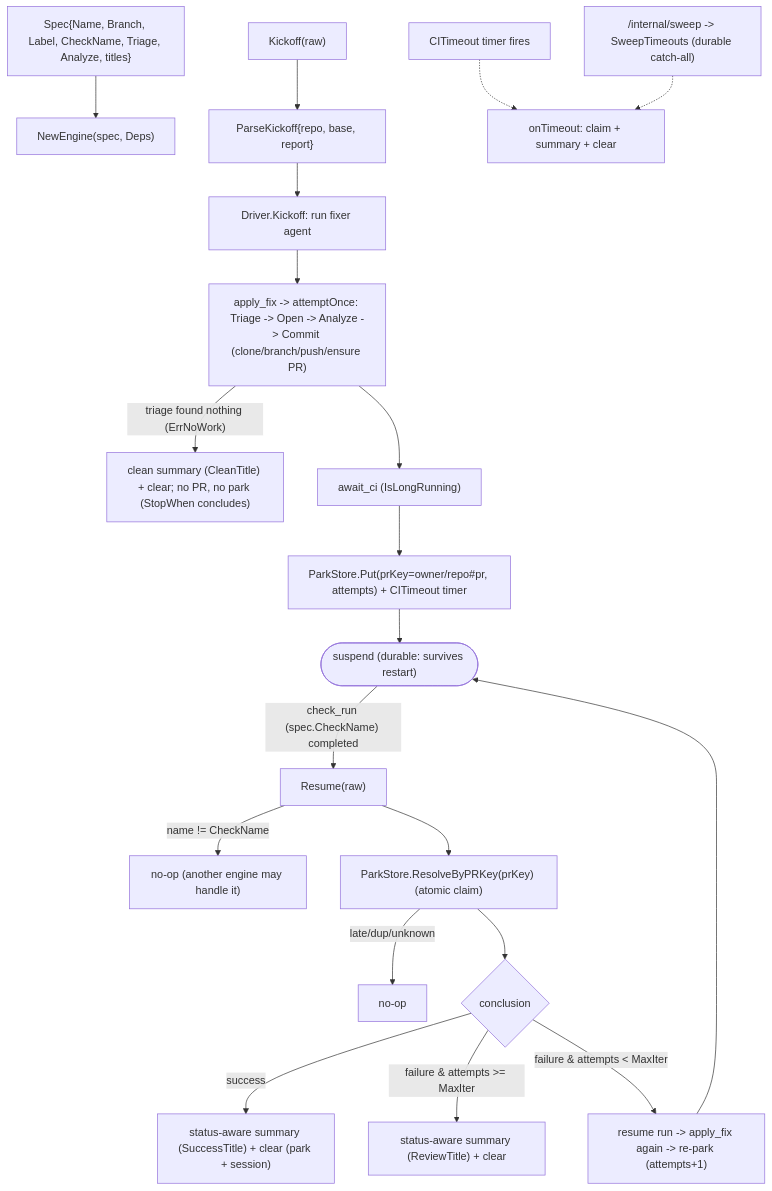
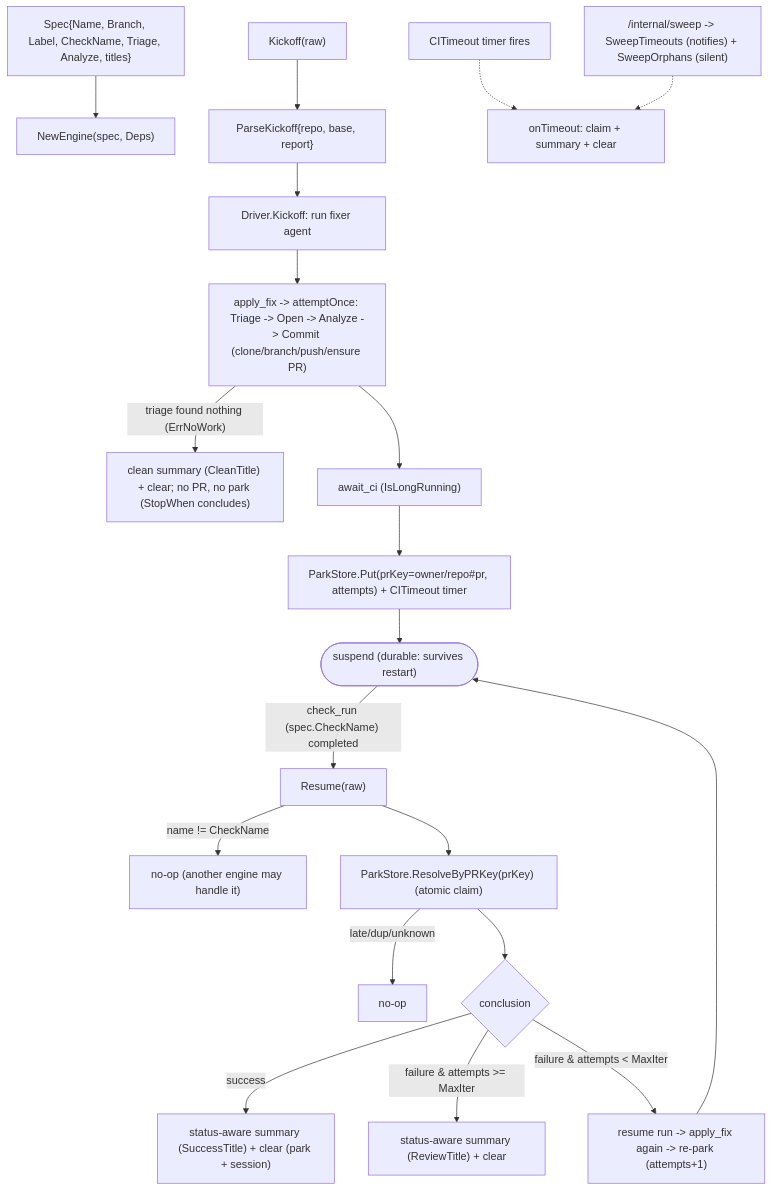
One commit to jkjamies/automation-agent changed the diagram in okf/modules/agents/fixflow.md. Above: the diagram before and after it, drawn with Mermaid. The commit also changed 4 other files, not shown here.

````diff
--- a/okf/modules/agents/fixflow.md
+++ b/okf/modules/agents/fixflow.md
@@ -34,23 +34,23 @@
 ```mermaid
 flowchart TD
     Spec["Spec{Name, Branch, Label, CheckName, Triage, Analyze, titles}"] --> E["NewEngine(spec, Deps)"]
     K["Kickoff(raw)"] --> KP["ParseKickoff{repo, base, report}"]
     KP --> DK["Driver.Kickoff: run fixer agent"]
     DK --> AF["apply_fix -> attemptOnce: Triage -> Open -> Analyze -> Commit (clone/branch/push/ensure PR)"]
     AF -->|"triage found nothing (ErrNoWork)"| CLN["clean summary (CleanTitle) + clear; no PR, no park (StopWhen concludes)"]
     AF --> AW["await_ci (IsLongRunning)"]
     AW --> PK["ParkStore.Put(prKey=owner/repo#pr, attempts) + CITimeout timer"]
     PK --> SUS(["suspend (durable: survives restart)"])
 
     SUS -->|"check_run (spec.CheckName) completed"| R["Resume(raw)"]
     R -->|"name != CheckName"| NO["no-op (another engine may handle it)"]
     R --> RES["ParkStore.ResolveByPRKey(prKey) (atomic claim)"]
     RES -->|"late/dup/unknown"| NO2["no-op"]
     RES --> C{conclusion}
     C -->|success| OK["status-aware summary (SuccessTitle) + clear (park + session)"]
     C -->|"failure & attempts >= MaxIter"| HRV["status-aware summary (ReviewTitle) + clear"]
     C -->|"failure & attempts < MaxIter"| RT["resume run -> apply_fix again -> re-park (attempts+1)"]
     RT --> SUS
     TO["CITimeout timer fires"] -.-> TON["onTimeout: claim + summary + clear"]
-    SW["/internal/sweep -> SweepTimeouts (durable catch-all)"] -.-> TON
+    SW["/internal/sweep -> SweepTimeouts (notifies) + SweepOrphans (silent)"] -.-> TON
 ```
````
